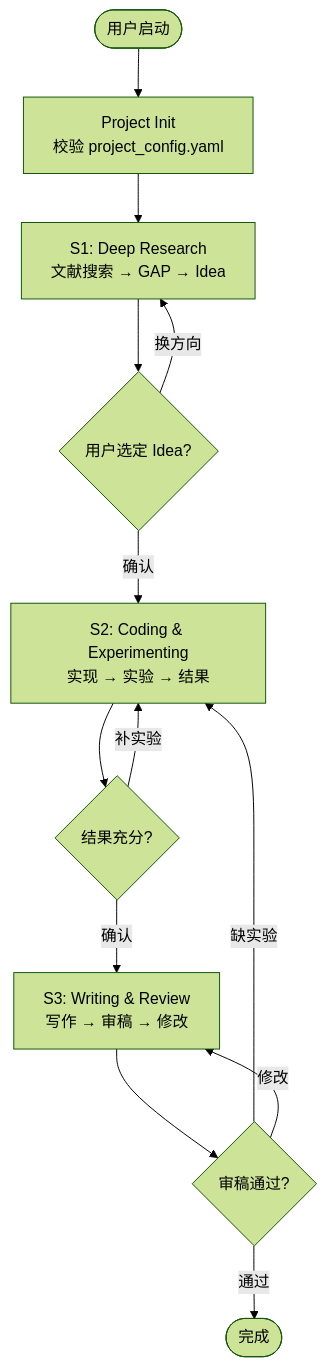
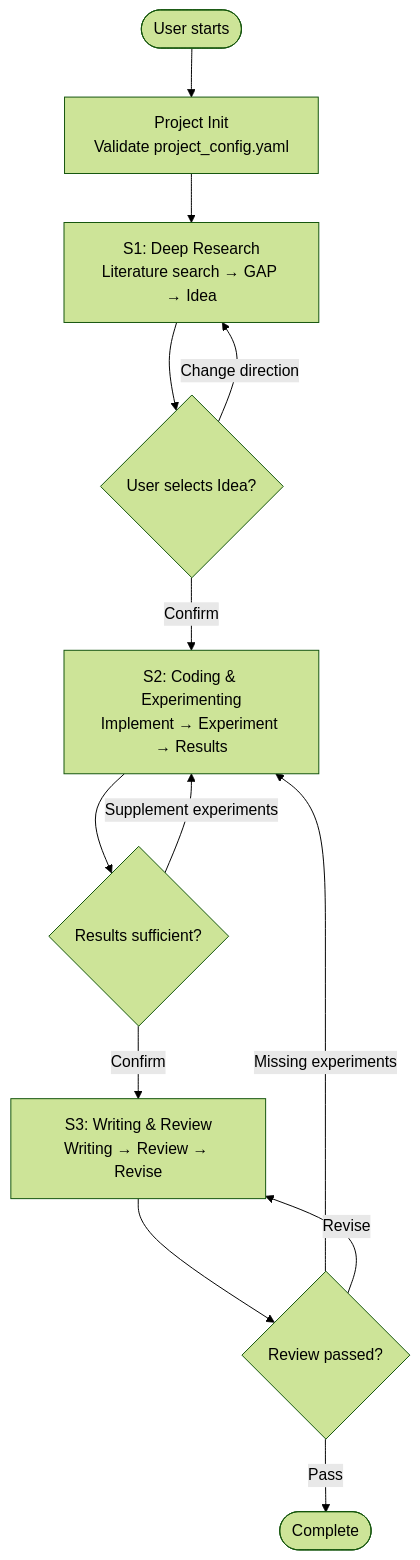
One commit to JZAO20L/nano-auto-research changed the diagram in auto-research/SKILL.md. Above: the diagram before and after it, drawn with Mermaid (forest theme). The commit also changed other lines of this file and 3 other files, not shown here.

Commit message:
style: convert all 4 flow skills to English-only (remove Chinese text)

````diff
--- a/auto-research/SKILL.md
+++ b/auto-research/SKILL.md
@@ -15,15 +15,15 @@
 ```mermaid
 flowchart TD
-    START([用户启动]) --> INIT[Project Init<br/>校验 project_config.yaml]
-    INIT --> S1[S1: Deep Research<br/>文献搜索 → GAP → Idea]
-    S1 --> G1{用户选定 Idea?}
-    G1 -->|确认| S2[S2: Coding & Experimenting<br/>实现 → 实验 → 结果]
-    G1 -->|换方向| S1
-    S2 --> G2{结果充分?}
-    G2 -->|确认| S3[S3: Writing & Review<br/>写作 → 审稿 → 修改]
-    G2 -->|补实验| S2
-    S3 --> G3{审稿通过?}
-    G3 -->|通过| DONE([完成])
-    G3 -->|缺实验| S2
-    G3 -->|修改| S3
+    START([User starts]) --> INIT[Project Init<br/>Validate project_config.yaml]
+    INIT --> S1[S1: Deep Research<br/>Literature search → GAP → Idea]
+    S1 --> G1{User selects Idea?}
+    G1 -->|Confirm| S2[S2: Coding & Experimenting<br/>Implement → Experiment → Results]
+    G1 -->|Change direction| S1
+    S2 --> G2{Results sufficient?}
+    G2 -->|Confirm| S3[S3: Writing & Review<br/>Writing → Review → Revise]
+    G2 -->|Supplement experiments| S2
+    S3 --> G3{Review passed?}
+    G3 -->|Pass| DONE([Complete])
+    G3 -->|Missing experiments| S2
+    G3 -->|Revise| S3
 ```
````
